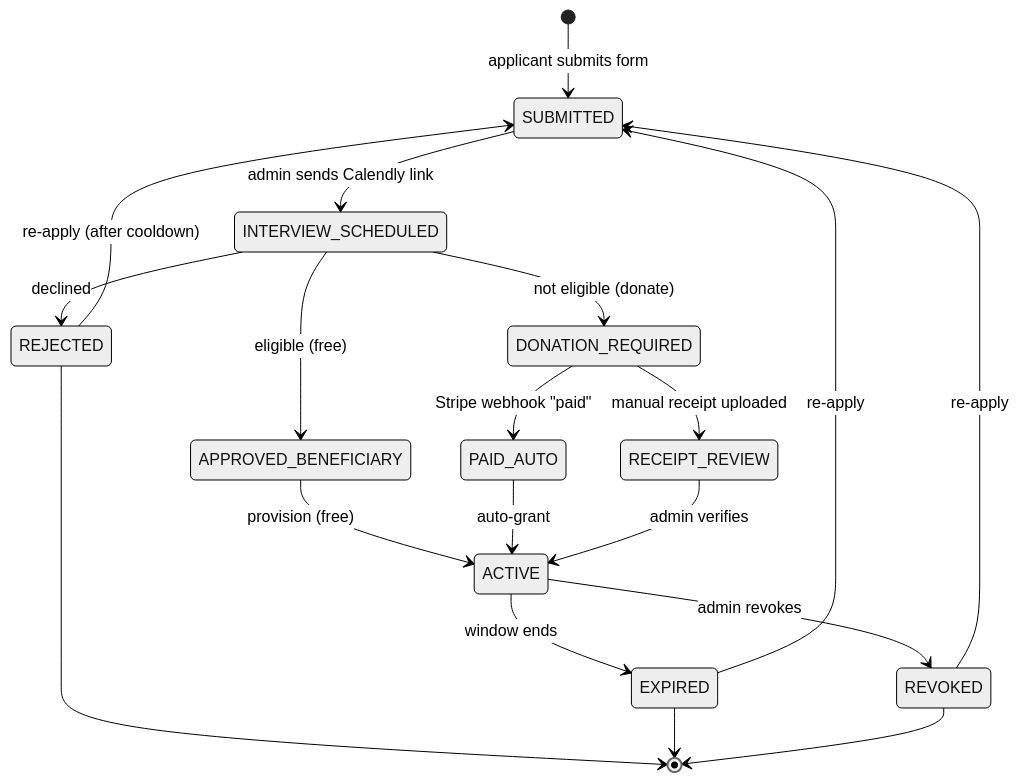
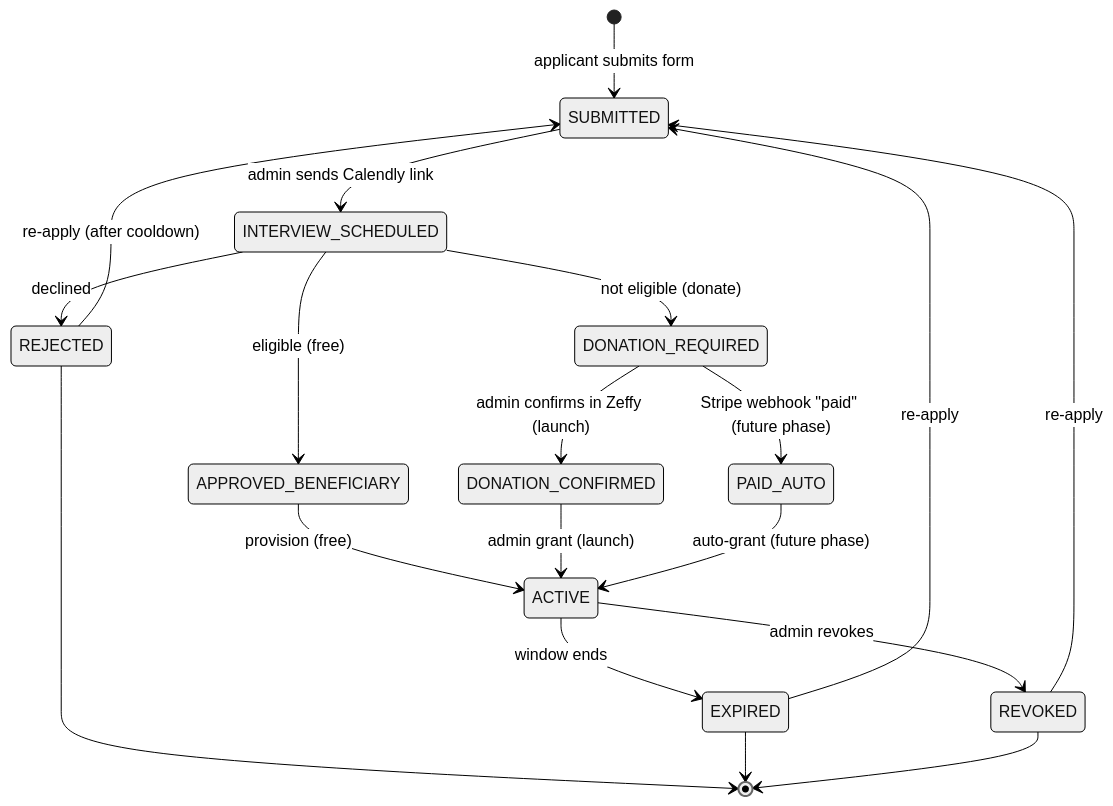
The second of 3 diagrams in docs/Customer-Journey.md (tccao/stem-career-path-ai-era), drawn with Mermaid (neutral theme) before and after one commit. The commit also changed other lines of this file and 7 other files, not shown here.

Commit message:
refactor: decouple donation flow from Stripe to Zeffy for launch and initialize platform documentation suite

````diff
--- a/docs/Customer-Journey.md
+++ b/docs/Customer-Journey.md
@@ -140,24 +149,24 @@
 ```mermaid
 stateDiagram-v2
     [*] --> SUBMITTED: applicant submits form
     SUBMITTED --> INTERVIEW_SCHEDULED: admin sends Calendly link
     INTERVIEW_SCHEDULED --> APPROVED_BENEFICIARY: eligible (free)
     INTERVIEW_SCHEDULED --> DONATION_REQUIRED: not eligible (donate)
     INTERVIEW_SCHEDULED --> REJECTED: declined
 
-    DONATION_REQUIRED --> PAID_AUTO: Stripe webhook "paid"
-    DONATION_REQUIRED --> RECEIPT_REVIEW: manual receipt uploaded
+    DONATION_REQUIRED --> DONATION_CONFIRMED: admin confirms in Zeffy (launch)
+    DONATION_REQUIRED --> PAID_AUTO: Stripe webhook "paid" (future phase)
 
     APPROVED_BENEFICIARY --> ACTIVE: provision (free)
-    PAID_AUTO --> ACTIVE: auto-grant
-    RECEIPT_REVIEW --> ACTIVE: admin verifies
+    DONATION_CONFIRMED --> ACTIVE: admin grant (launch)
+    PAID_AUTO --> ACTIVE: auto-grant (future phase)
 
     ACTIVE --> EXPIRED: window ends
     ACTIVE --> REVOKED: admin revokes
     EXPIRED --> SUBMITTED: re-apply
     REVOKED --> SUBMITTED: re-apply
     REJECTED --> SUBMITTED: re-apply (after cooldown)
     REJECTED --> [*]
     EXPIRED --> [*]
     REVOKED --> [*]
 ```
````
